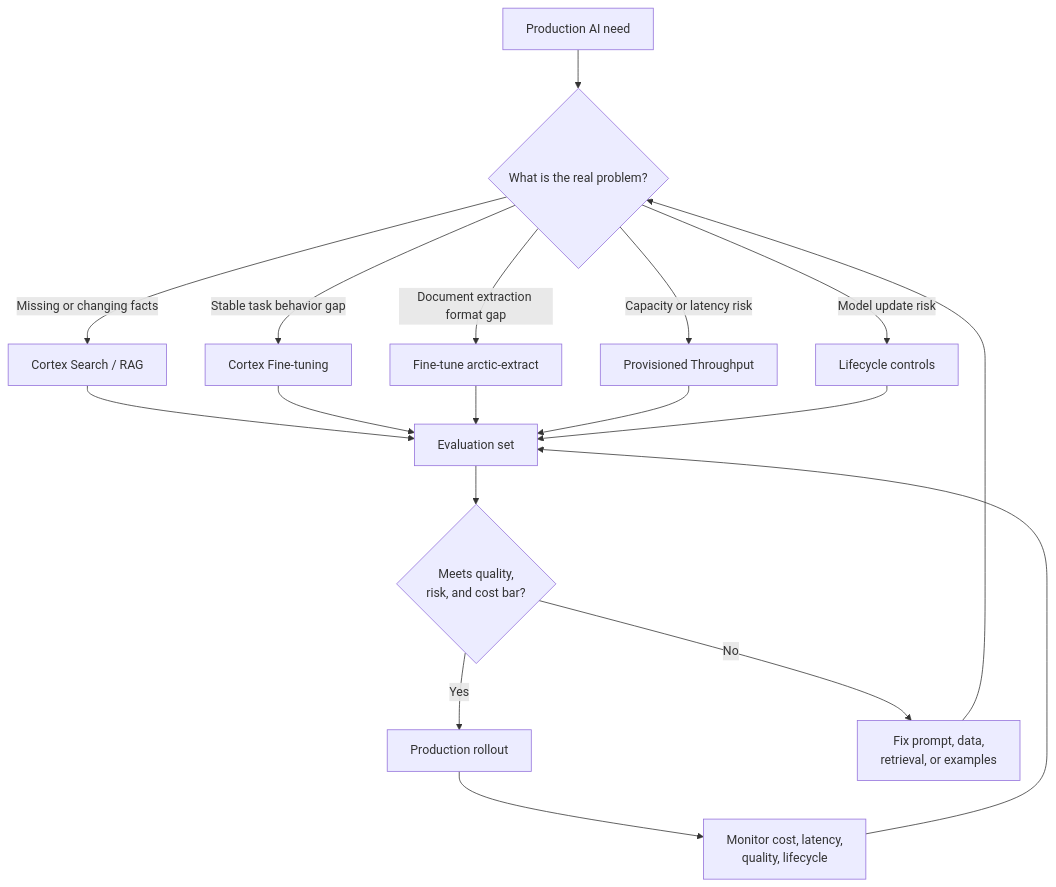
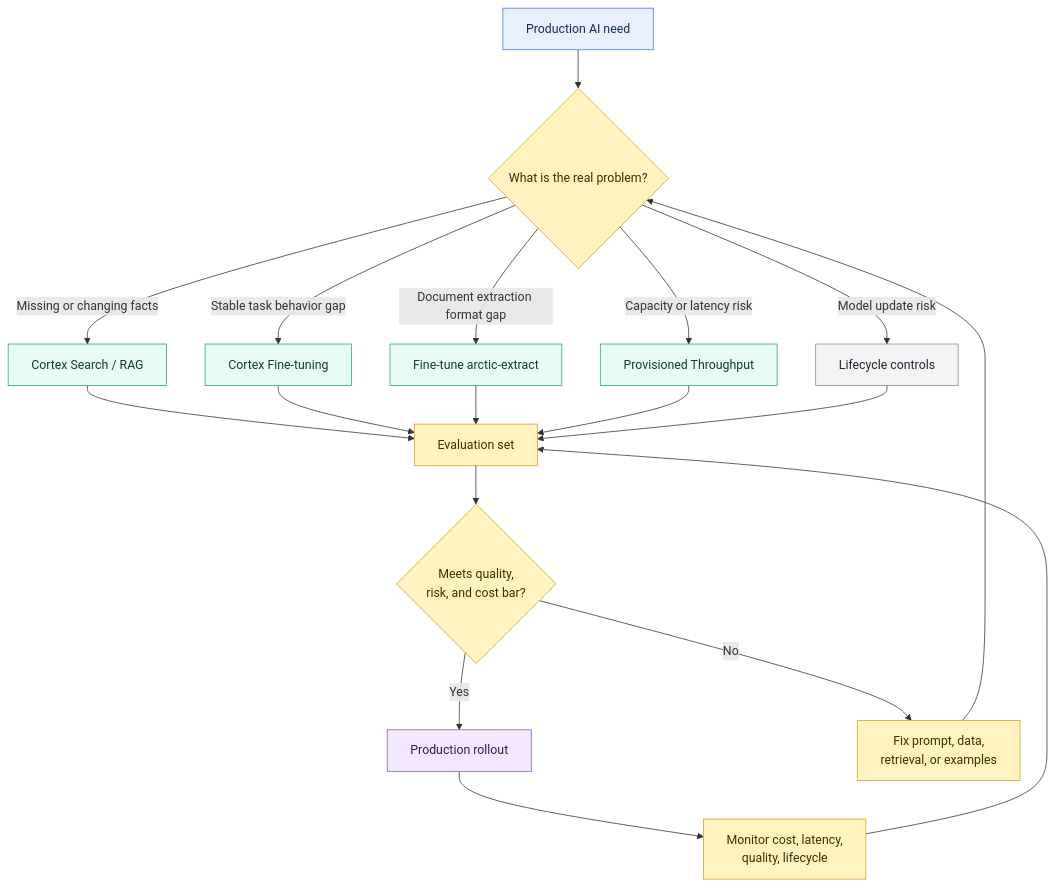
One commit to shonningsoy/Upskill changed the diagram in 01 Snowflake/05 Advanced Analytics and AI/43 Cortex Fine-tuning, Provisioned Throughput, and Model Lifecycle.md. Above: the diagram before and after it, drawn with Mermaid. The commit also changed other lines of this file and 12 other files, not shown here.

````diff
--- a/01 Snowflake/05 Advanced Analytics and AI/43 Cortex Fine-tuning, Provisioned Throughput, and Model Lifecycle.md
+++ b/01 Snowflake/05 Advanced Analytics and AI/43 Cortex Fine-tuning, Provisioned Throughput, and Model Lifecycle.md
@@ -74,22 +77,33 @@
 ```mermaid
 flowchart TD
     NEED[Production AI need] --> DIAG{What is the real problem?}
     DIAG -->|Missing or changing facts| RAG[Cortex Search / RAG]
     DIAG -->|Stable task behavior gap| FT[Cortex Fine-tuning]
     DIAG -->|Document extraction format gap| AE[Fine-tune arctic-extract]
     DIAG -->|Capacity or latency risk| PT[Provisioned Throughput]
     DIAG -->|Model update risk| LIFE[Lifecycle controls]
 
     RAG --> EVAL[Evaluation set]
     FT --> EVAL
     AE --> EVAL
     PT --> EVAL
     LIFE --> EVAL
 
     EVAL --> APPROVE{Meets quality,<br/>risk, and cost bar?}
     APPROVE -->|Yes| PROD[Production rollout]
     APPROVE -->|No| FIX[Fix prompt, data,<br/>retrieval, or examples]
     FIX --> DIAG
     PROD --> MONITOR[Monitor cost, latency,<br/>quality, lifecycle]
     MONITOR --> EVAL
+
+    classDef input fill:#E8F0FE,stroke:#4C6EF5,color:#172B4D
+    classDef control fill:#FFF3BF,stroke:#D69E2E,color:#3D2E00
+    classDef snowflake fill:#E6FCF5,stroke:#2F9E7B,color:#123C34
+    classDef platform fill:#F1F3F5,stroke:#868E96,color:#212529
+    classDef output fill:#F3E8FF,stroke:#805AD5,color:#2D1B4E
+    class NEED input
+    class DIAG,EVAL,APPROVE,FIX,MONITOR control
+    class RAG,FT,AE,PT snowflake
+    class LIFE platform
+    class PROD output
 ```
````
